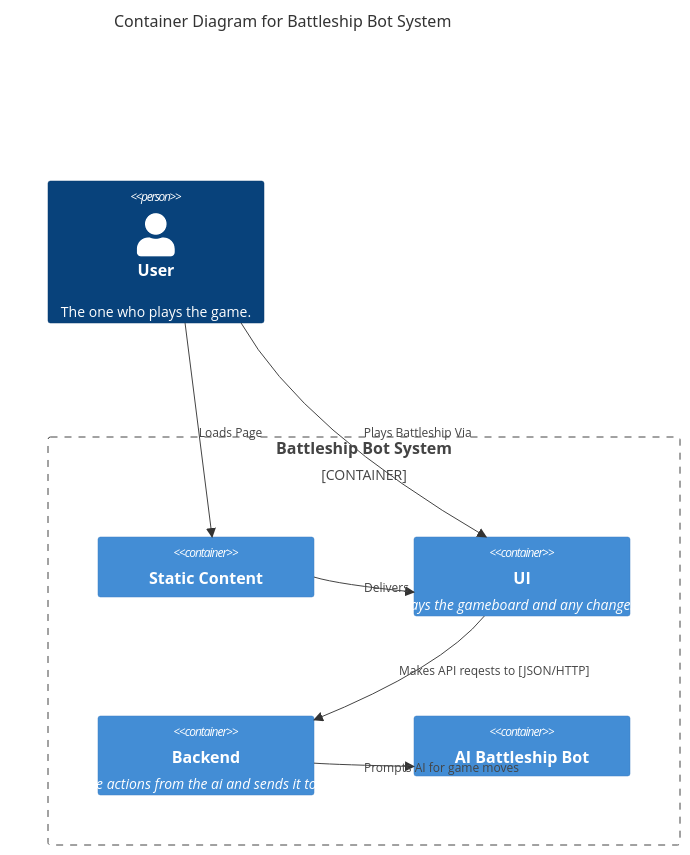
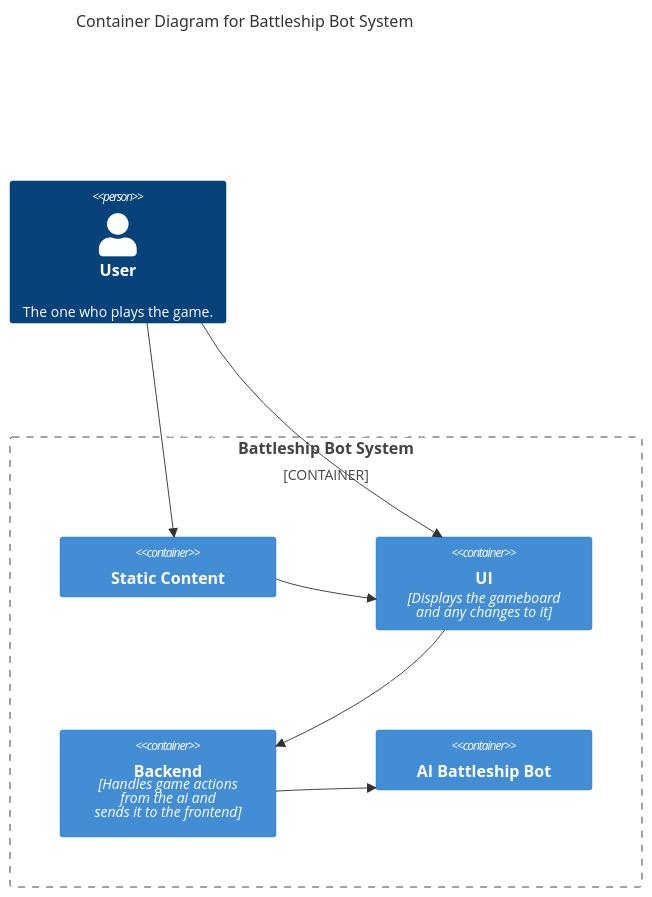
Before and after one commit to Voidyll/Battleship-Bot: the diagram in docs/architecture/container.md, drawn with Mermaid. The commit also changed 1 other file, not shown here.

Commit message:
Edit Styling on Context and Container.md
Makes it readable.

````diff
--- a/docs/architecture/container.md
+++ b/docs/architecture/container.md
@@ -1,19 +1,25 @@
 ``` mermaid
     C4Container
         title Container Diagram for Battleship Bot System
 
         Person(user, "User", "The one who plays the game.")
 
         Container_Boundary(battlship_system, "Battleship Bot System"){
             Container(static, "Static Content")
-            Container(ui, "UI", "Displays the gameboard and any changes to it")
-            Container(backend, "Backend", "Handles game actions from the ai and sends it to the frontend")
+            Container(ui, "UI", "Displays the gameboard <br> and any changes to it")
+            Container(backend, "Backend", "Handles game actions <br> from the ai and <br> sends it to the frontend")
             Container(ai, "AI Battleship Bot")
         }
 
         Rel(user, static, "Loads Page")
         Rel(user, ui, "Plays Battleship Via")
-        Rel(ui, backend, "Makes API reqests to [JSON/HTTP]")
-        Rel(backend, ai, "Prompts AI for game moves")
+        Rel(ui, backend, "Makes API <br> reqests to <br> [JSON/HTTP]")
+        Rel(backend, ai, "Prompts AI for <br> game moves")
         Rel(static, ui, "Delivers")
+
+        UpdateRelStyle(static, ui, $textColor="white", $offsetX="-30", $offsetY="-20")
+        UpdateRelStyle(ui, backend, $textColor="white", $offsetX="-40", $offsetY="-20")
+        UpdateRelStyle(backend, ai, $textColor="white", $offsetX="-40", $offsetY="-20")
+        UpdateRelStyle(user, static, $textColor="white")
+        UpdateRelStyle(user, ui, $textColor="white")
 ```
````
